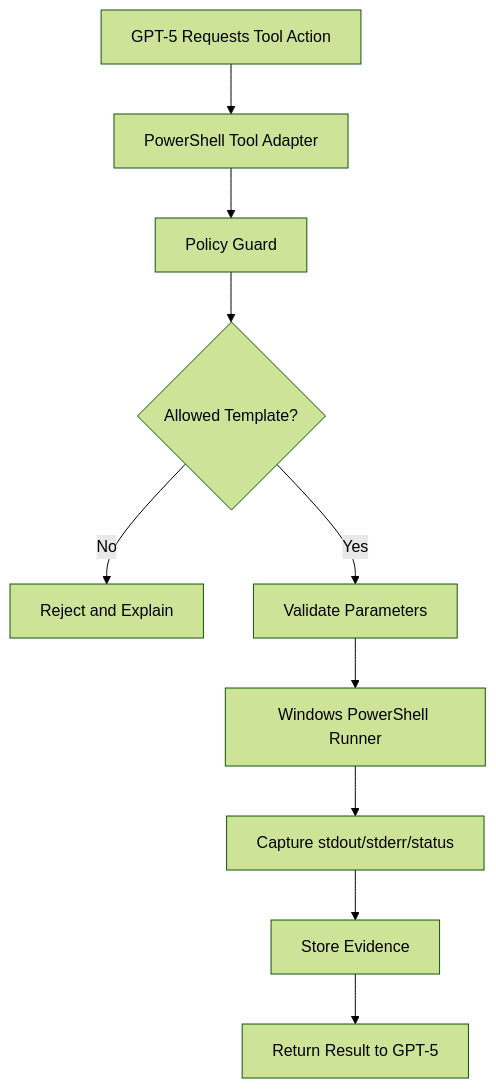
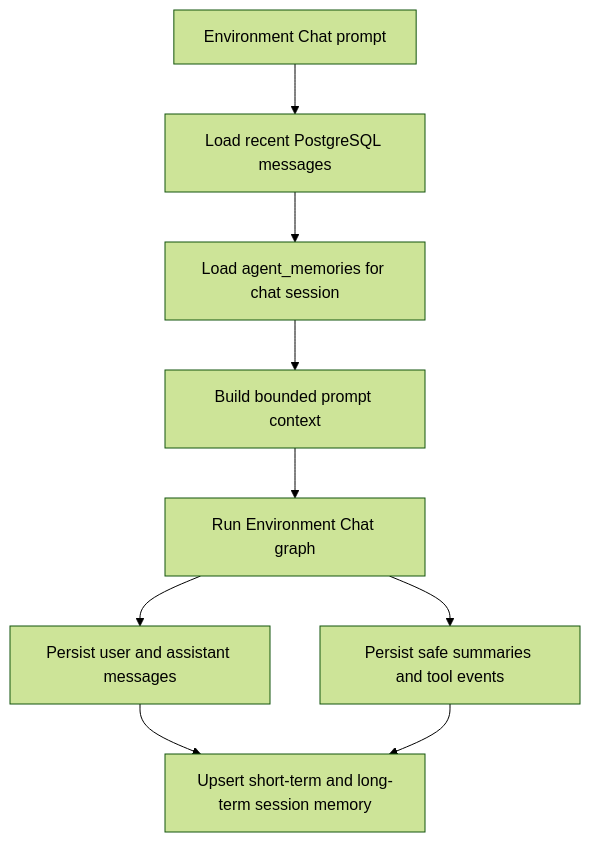
Before and after one commit to aveeshek/bosgenesis-esda: the fifth of 8 diagrams in knowledge-base/hld.md, drawn with Mermaid (forest theme). The commit also changed other lines of this file and 2 other files, not shown here.

Commit message:
Update architecture documentation to current implementation

````diff
--- a/knowledge-base/hld.md
+++ b/knowledge-base/hld.md
@@ -656,12 +642,11 @@
 ```mermaid
 flowchart TD
-    GPT[GPT-5 Requests Tool Action] --> TOOL[PowerShell Tool Adapter]
-    TOOL --> POLICY[Policy Guard]
-    POLICY --> ALLOWED{Allowed Template?}
-    ALLOWED -- No --> REJECT[Reject and Explain]
-    ALLOWED -- Yes --> PARAMS[Validate Parameters]
-    PARAMS --> RUNNER[Windows PowerShell Runner]
-    RUNNER --> OUTPUT[Capture stdout/stderr/status]
-    OUTPUT --> STORE[Store Evidence]
-    STORE --> GPT2[Return Result to GPT-5]
+    MSG[Environment Chat prompt] --> PGMSG[Load recent PostgreSQL messages]
+    PGMSG --> MEM[Load agent_memories for chat session]
+    MEM --> CTX[Build bounded prompt context]
+    CTX --> GRAPH[Run Environment Chat graph]
+    GRAPH --> ANSWER[Persist user and assistant messages]
+    GRAPH --> EVENTS[Persist safe summaries and tool events]
+    ANSWER --> UPSERT[Upsert short-term and long-term session memory]
+    EVENTS --> UPSERT
 ```
````
